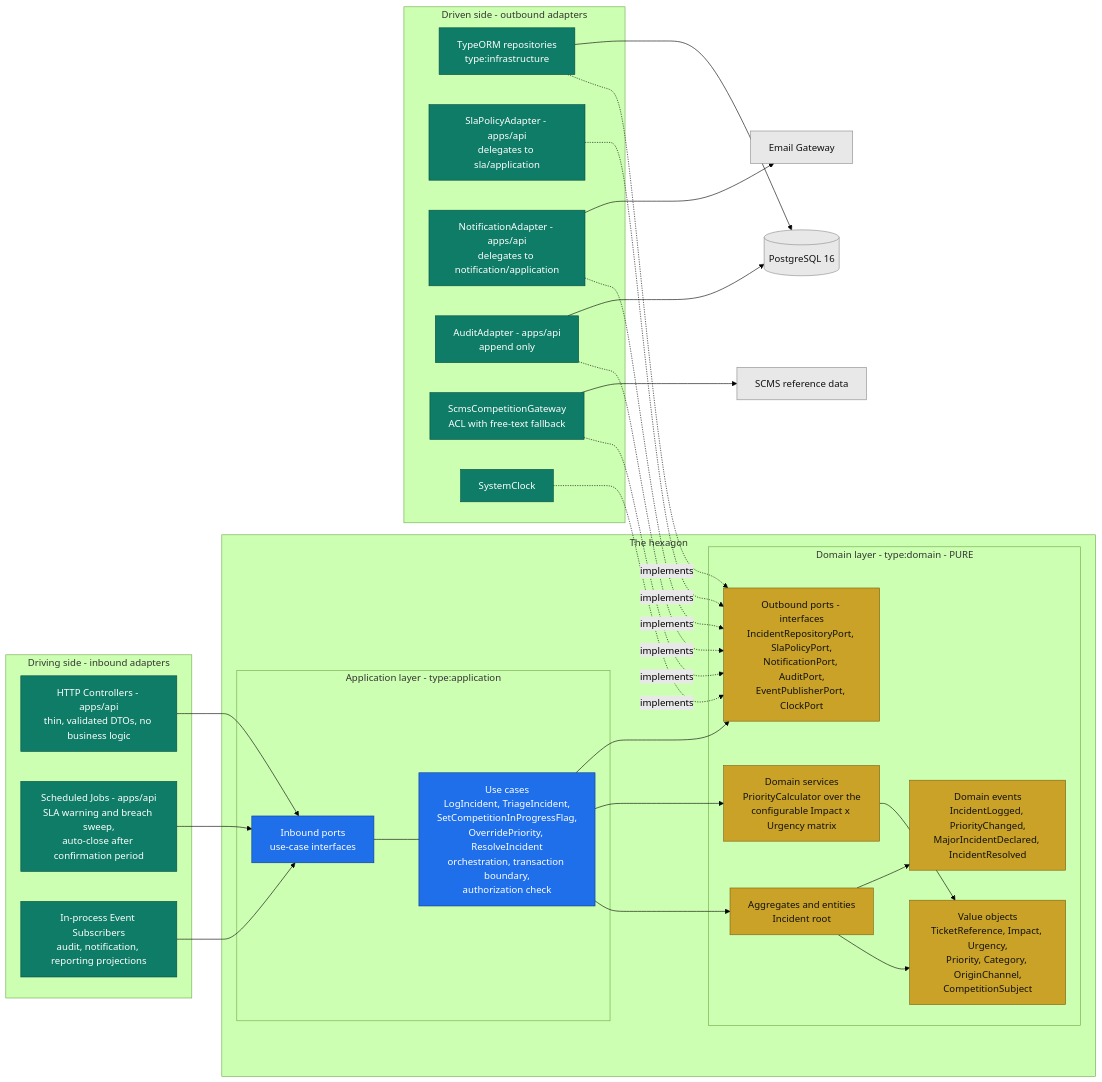
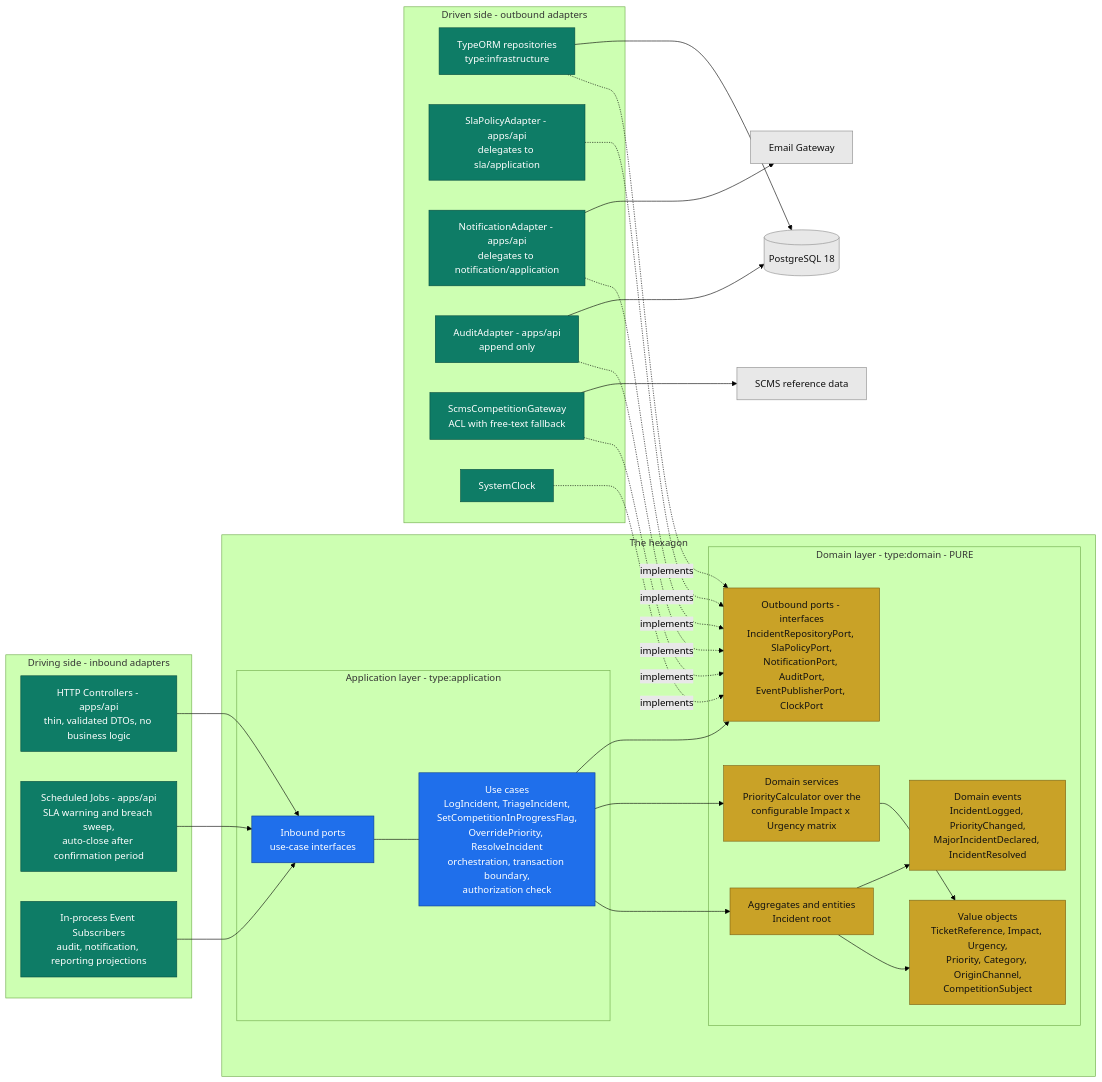
One commit to LIDR-academy/AI4Devs-finalproject changed the fifth of 8 diagrams in docs/product/ARCHITECTURE.md. Above: the diagram before and after it, drawn with Mermaid (forest theme). The commit also changed other lines of this file and 19 other files, not shown here.

Commit message:
Update postgreSQL version to 18

````diff
--- a/docs/product/ARCHITECTURE.md
+++ b/docs/product/ARCHITECTURE.md
@@ -520,67 +520,67 @@
 ```mermaid
 flowchart LR
     subgraph driving["Driving side - inbound adapters"]
         HTTP["HTTP Controllers - apps/api<br/>thin, validated DTOs, no business logic"]
         SCHED["Scheduled Jobs - apps/api<br/>SLA warning and breach sweep,<br/>auto-close after confirmation period"]
         EVTIN["In-process Event Subscribers<br/>audit, notification, reporting projections"]
     end
 
     subgraph hex["The hexagon"]
         subgraph applayer["Application layer - type:application"]
             UC["Use cases<br/>LogIncident, TriageIncident,<br/>SetCompetitionInProgressFlag,<br/>OverridePriority, ResolveIncident<br/>orchestration, transaction boundary,<br/>authorization check"]
             IP["Inbound ports<br/>use-case interfaces"]
         end
         subgraph domlayer["Domain layer - type:domain - PURE"]
             AGG["Aggregates and entities<br/>Incident root"]
             VO["Value objects<br/>TicketReference, Impact, Urgency,<br/>Priority, Category, OriginChannel,<br/>CompetitionSubject"]
             DS["Domain services<br/>PriorityCalculator over the<br/>configurable Impact x Urgency matrix"]
             DE["Domain events<br/>IncidentLogged, PriorityChanged,<br/>MajorIncidentDeclared, IncidentResolved"]
             OP["Outbound ports - interfaces<br/>IncidentRepositoryPort, SlaPolicyPort,<br/>NotificationPort, AuditPort,<br/>EventPublisherPort, ClockPort"]
         end
     end
 
     subgraph driven["Driven side - outbound adapters"]
         REPO["TypeORM repositories<br/>type:infrastructure"]
         SLAAD["SlaPolicyAdapter - apps/api<br/>delegates to sla/application"]
         NOTAD["NotificationAdapter - apps/api<br/>delegates to notification/application"]
         AUDAD["AuditAdapter - apps/api<br/>append only"]
         SCMSAD["ScmsCompetitionGateway<br/>ACL with free-text fallback"]
         CLOCK["SystemClock"]
     end
 
-    DBX[("PostgreSQL 16")]
+    DBX[("PostgreSQL 18")]
     MAILX["Email Gateway"]
     SCMSX["SCMS reference data"]
 
     HTTP --> IP
     SCHED --> IP
     EVTIN --> IP
     IP --- UC
     UC --> AGG
     UC --> DS
     UC --> OP
     AGG --> VO
     AGG --> DE
     DS --> VO
 
     REPO -.->|"implements"| OP
     SLAAD -.->|"implements"| OP
     NOTAD -.->|"implements"| OP
     AUDAD -.->|"implements"| OP
     SCMSAD -.->|"implements"| OP
     CLOCK -.->|"implements"| OP
 
     REPO --> DBX
     AUDAD --> DBX
     NOTAD --> MAILX
     SCMSAD --> SCMSX
 
     classDef dom fill:#c9a227,stroke:#7a6115,color:#111111
     classDef app fill:#1f6feb,stroke:#0b3d91,color:#ffffff
     classDef adp fill:#0e7c66,stroke:#064e40,color:#ffffff
     classDef ext fill:#e8e8e8,stroke:#8b8b8b,color:#111111
     class AGG,VO,DS,DE,OP dom
     class UC,IP app
     class HTTP,SCHED,EVTIN,REPO,SLAAD,NOTAD,AUDAD,SCMSAD,CLOCK adp
     class DBX,MAILX,SCMSX ext
 ```
````
